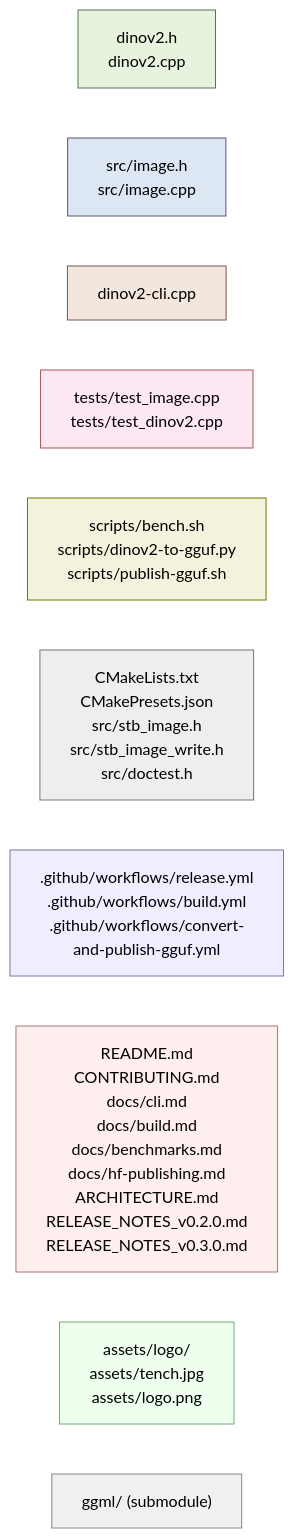
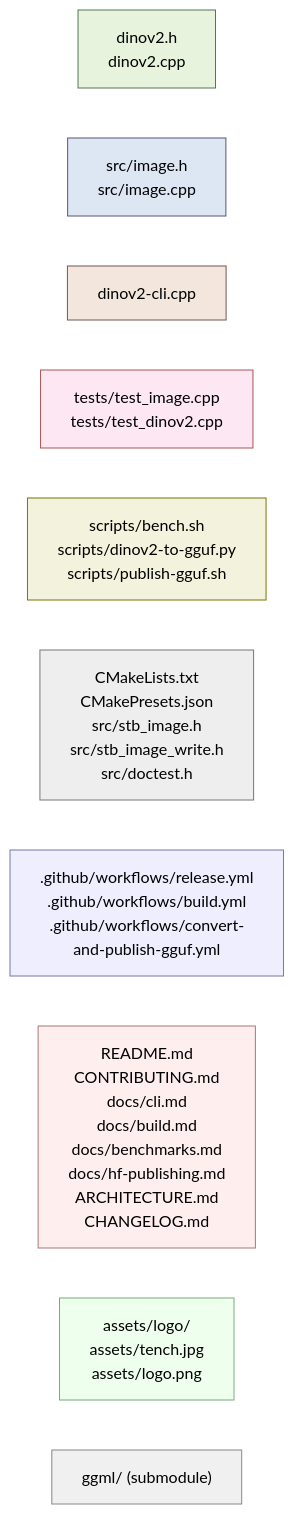
Before and after one commit to espetro/dinov2.cpp: the second of 4 diagrams in ARCHITECTURE.md, drawn with Mermaid (forest theme). The commit also changed other lines of this file and 2 other files, not shown here.

Commit message:
docs: point at latest release instead of hardcoded versions

````diff
--- a/ARCHITECTURE.md
+++ b/ARCHITECTURE.md
@@ -49,35 +49,35 @@
 ```mermaid
 graph LR
     classDef core  fill:#e7f3dd,stroke:#575,color:#000;
     classDef lib   fill:#dde7f3,stroke:#557,color:#000;
     classDef cli   fill:#f3e7dd,stroke:#755,color:#000;
     classDef test  fill:#fde7f3,stroke:#a55,color:#000;
     classDef tool  fill:#f3f3dd,stroke:#770,color:#000;
     classDef build fill:#eee,stroke:#777,color:#000;
     classDef ci    fill:#eef,stroke:#77a,color:#000;
     classDef doc   fill:#fee,stroke:#a77,color:#000;
     classDef asset fill:#efe,stroke:#7a7,color:#000;
     classDef sub   fill:#f0f0f0,stroke:#888,color:#000;
 
     Core["dinov2.h<br/>dinov2.cpp"]
     Lib["src/image.h<br/>src/image.cpp"]
     CLI["dinov2-cli.cpp"]
     Test["tests/test_image.cpp<br/>tests/test_dinov2.cpp"]
     Tool["scripts/bench.sh<br/>scripts/dinov2-to-gguf.py<br/>scripts/publish-gguf.sh"]
     Build["CMakeLists.txt<br/>CMakePresets.json<br/>src/stb_image.h<br/>src/stb_image_write.h<br/>src/doctest.h"]
     CI[".github/workflows/release.yml<br/>.github/workflows/build.yml<br/>.github/workflows/convert-and-publish-gguf.yml"]
-    Doc["README.md<br/>CONTRIBUTING.md<br/>docs/cli.md<br/>docs/build.md<br/>docs/benchmarks.md<br/>docs/hf-publishing.md<br/>ARCHITECTURE.md<br/>RELEASE_NOTES_v0.2.0.md<br/>RELEASE_NOTES_v0.3.0.md"]
+    Doc["README.md<br/>CONTRIBUTING.md<br/>docs/cli.md<br/>docs/build.md<br/>docs/benchmarks.md<br/>docs/hf-publishing.md<br/>ARCHITECTURE.md<br/>CHANGELOG.md"]
     Asset["assets/logo/<br/>assets/tench.jpg<br/>assets/logo.png"]
     Sub["ggml/ (submodule)"]
 
     class Core core
     class Lib lib
     class CLI cli
     class Test test
     class Tool tool
     class Build build
     class CI ci
     class Doc doc
     class Asset asset
     class Sub sub
 ```
````
